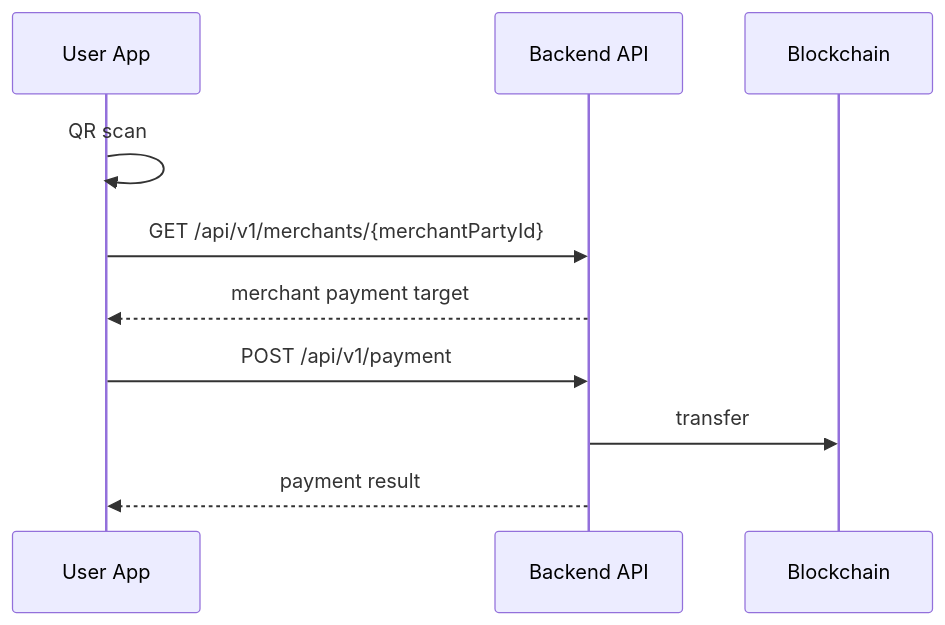
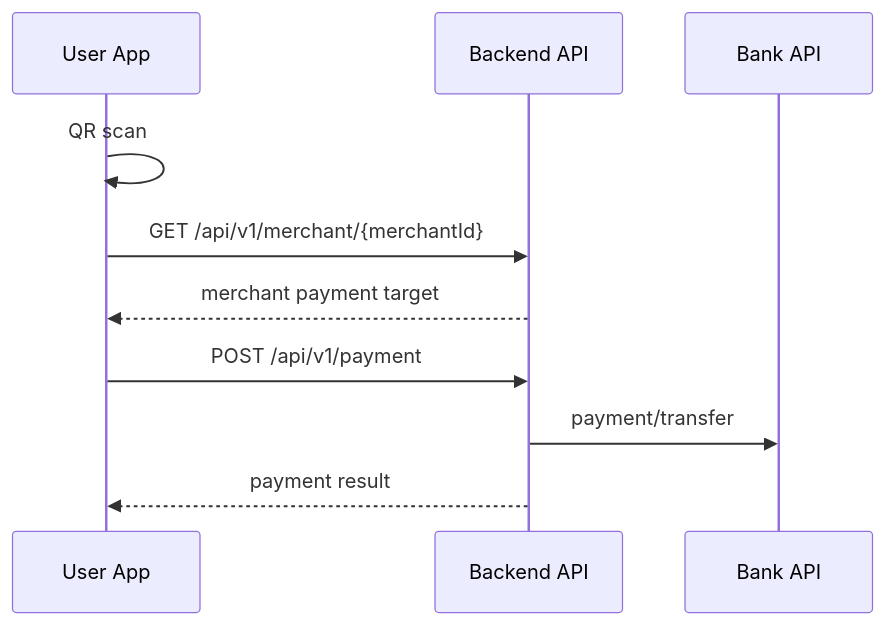
One commit to Fisa-Family/hangang-pay changed the diagram in hangang-pay-be/docs/rest_api.md. Above: the diagram before and after it, drawn with Mermaid. The commit also changed other lines of this file and 12 other files, not shown here.

````diff
--- a/hangang-pay-be/docs/rest_api.md
+++ b/hangang-pay-be/docs/rest_api.md
@@ -43,13 +43,13 @@
 ```mermaid
 sequenceDiagram
   participant U as User App
   participant API as Backend API
-  participant BC as Blockchain
+  participant Bank as Bank API
 
   U->>U: QR scan
-  U->>API: GET /api/v1/merchants/{merchantPartyId}
+  U->>API: GET /api/v1/merchant/{merchantId}
   API-->>U: merchant payment target
   U->>API: POST /api/v1/payment
-  API->>BC: transfer
+  API->>Bank: payment/transfer
   API-->>U: payment result
 ```
````
